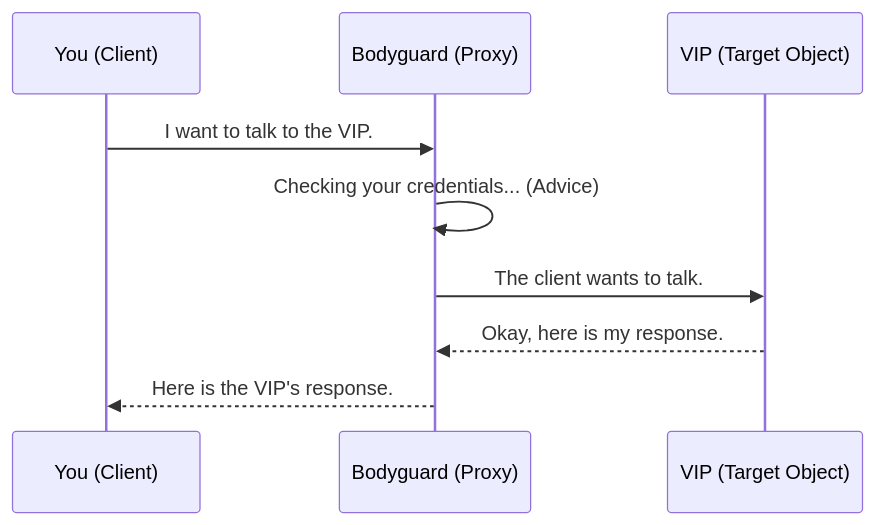
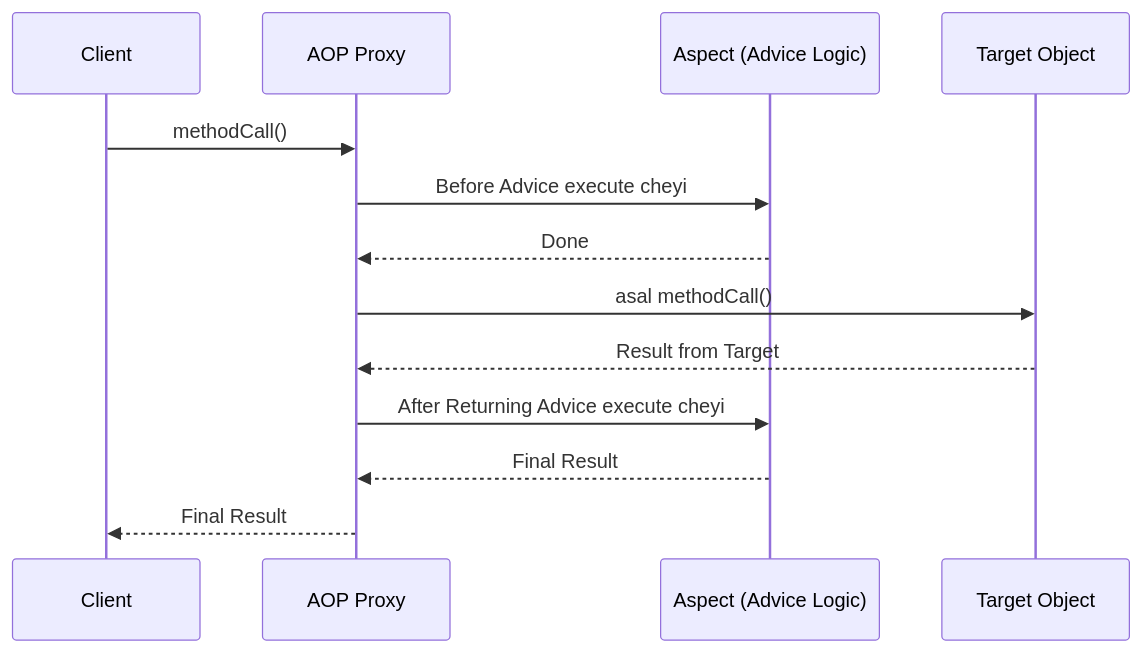
The first of 2 diagrams in Spring-Concepts/02-Core-Technologies/05-Aspect-Oriented-Programming/04-AOP-Proxies.md (pdheeraj99/Spring-Guide), drawn with Mermaid before and after one commit. The commit also changed other lines of this file and 7 other files, not shown here.

````diff
--- a/Spring-Concepts/02-Core-Technologies/05-Aspect-Oriented-Programming/04-AOP-Proxies.md
+++ b/Spring-Concepts/02-Core-Technologies/05-Aspect-Oriented-Programming/04-AOP-Proxies.md
@@ -17,12 +11,16 @@
 ```mermaid
 sequenceDiagram
-    participant C as You (Client)
-    participant B as Bodyguard (Proxy)
-    participant V as VIP (Target Object)
+    participant C as Client
+    participant P as AOP Proxy
+    participant A as Aspect (Advice Logic)
+    participant T as Target Object
 
-    C ->> B: I want to talk to the VIP.
-    B ->> B: Checking your credentials... (Advice)
-    B ->> V: The client wants to talk.
-    V -->> B: Okay, here is my response.
-    B -->> C: Here is the VIP's response.
+    C->>P: methodCall()
+    P->>A: Before Advice execute cheyi
+    A-->>P: Done
+    P->>T: asal methodCall()
+    T-->>P: Result from Target
+    P->>A: After Returning Advice execute cheyi
+    A-->>P: Final Result
+    P-->>C: Final Result
 ```
````
